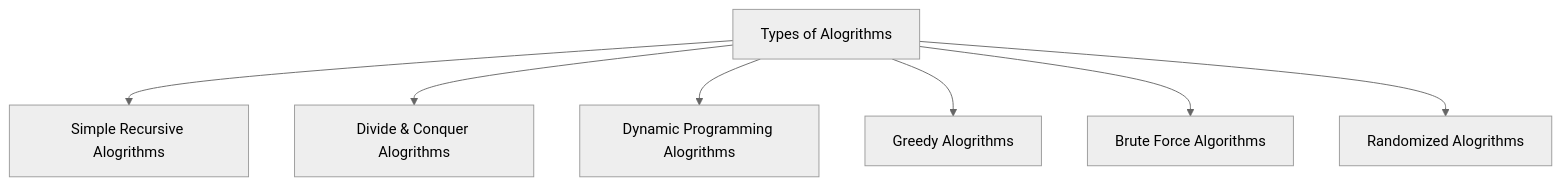
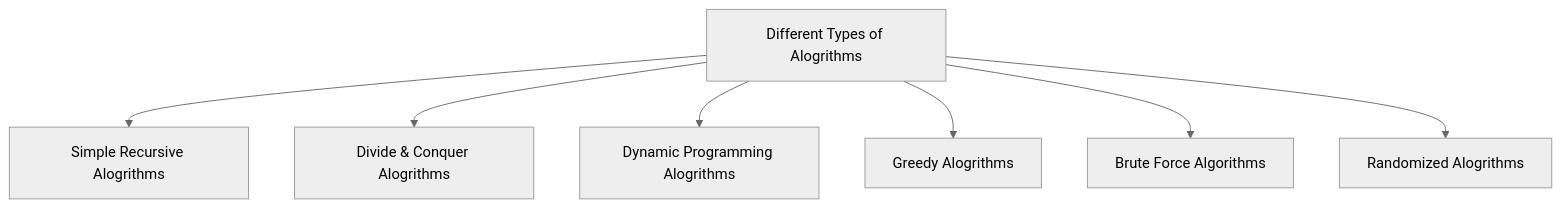
The diagram in introduction/notes/algorithms.md (reubendevries/python-algorithims-data-structures), drawn with Mermaid (neutral theme) before and after one commit. The commit also changed other lines of this file, not shown here.

````diff
--- a/introduction/notes/algorithms.md
+++ b/introduction/notes/algorithms.md
@@ -5,10 +8,10 @@
 ```mermaid
 flowchart TB
-ta["Types of Alogrithms"]
+ta["Different Types of Alogrithms"]
 ta-->rs[Simple Recursive Alogrithms]
 ta-->dca[Divide & Conquer Alogrithms]
 ta-->dpa[Dynamic Programming Alogrithms]
 ta-->ga[Greedy Alogrithms]
 ta-->bfa[Brute Force Algorithms]
 ta-->ra[Randomized Alogrithms]
 ```
````
